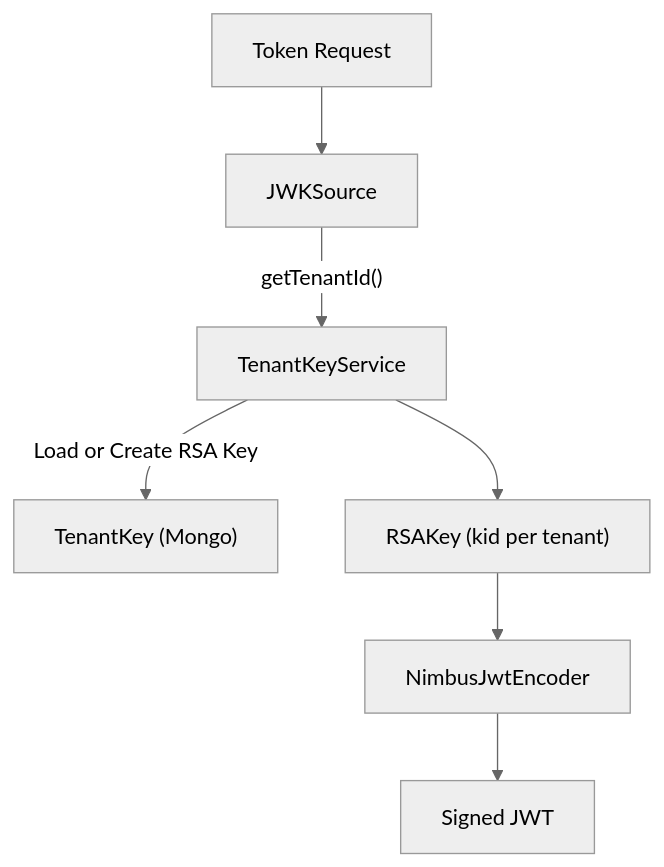
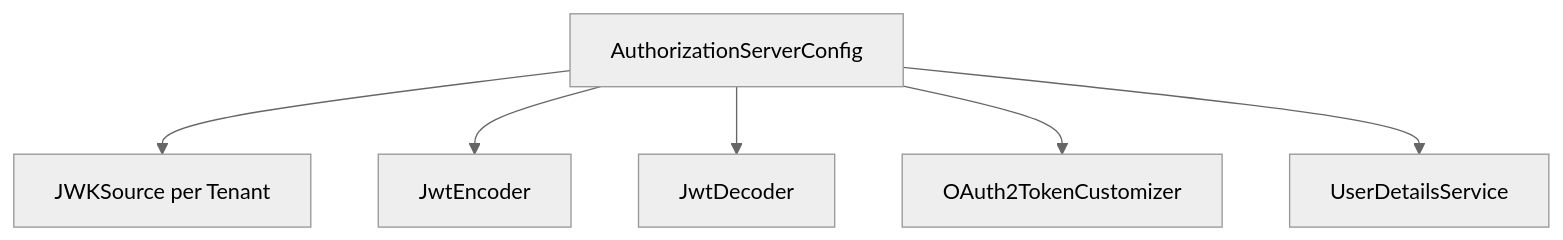
Before and after one commit to Praesto-Pro/openframe-oss-tenant: the third of 8 diagrams in docs/architecture/authorization-service-core/authorization-service-core.md, drawn with Mermaid (neutral theme). The commit also changed other lines of this file and 149 other files, not shown here.

````diff
--- a/docs/architecture/authorization-service-core/authorization-service-core.md
+++ b/docs/architecture/authorization-service-core/authorization-service-core.md
@@ -118,9 +102,8 @@
 ```mermaid
 flowchart TD
-    TokenRequest["Token Request"] --> JwkSourceNode["JWKSource"]
-    JwkSourceNode -->|"getTenantId()"| TenantKeyServiceNode["TenantKeyService"]
-    TenantKeyServiceNode -->|"Load or Create RSA Key"| MongoKeyDoc["TenantKey (Mongo)"]
-    TenantKeyServiceNode --> RSAKey["RSAKey (kid per tenant)"]
-    RSAKey --> JwtEncoderNode2["NimbusJwtEncoder"]
-    JwtEncoderNode2 --> SignedJwt["Signed JWT"]
+    AS["AuthorizationServerConfig"] --> JWK["JWKSource per Tenant"]
+    AS --> Encoder["JwtEncoder"]
+    AS --> Decoder["JwtDecoder"]
+    AS --> Customizer["OAuth2TokenCustomizer"]
+    AS --> UDS["UserDetailsService"]
 ```
````
